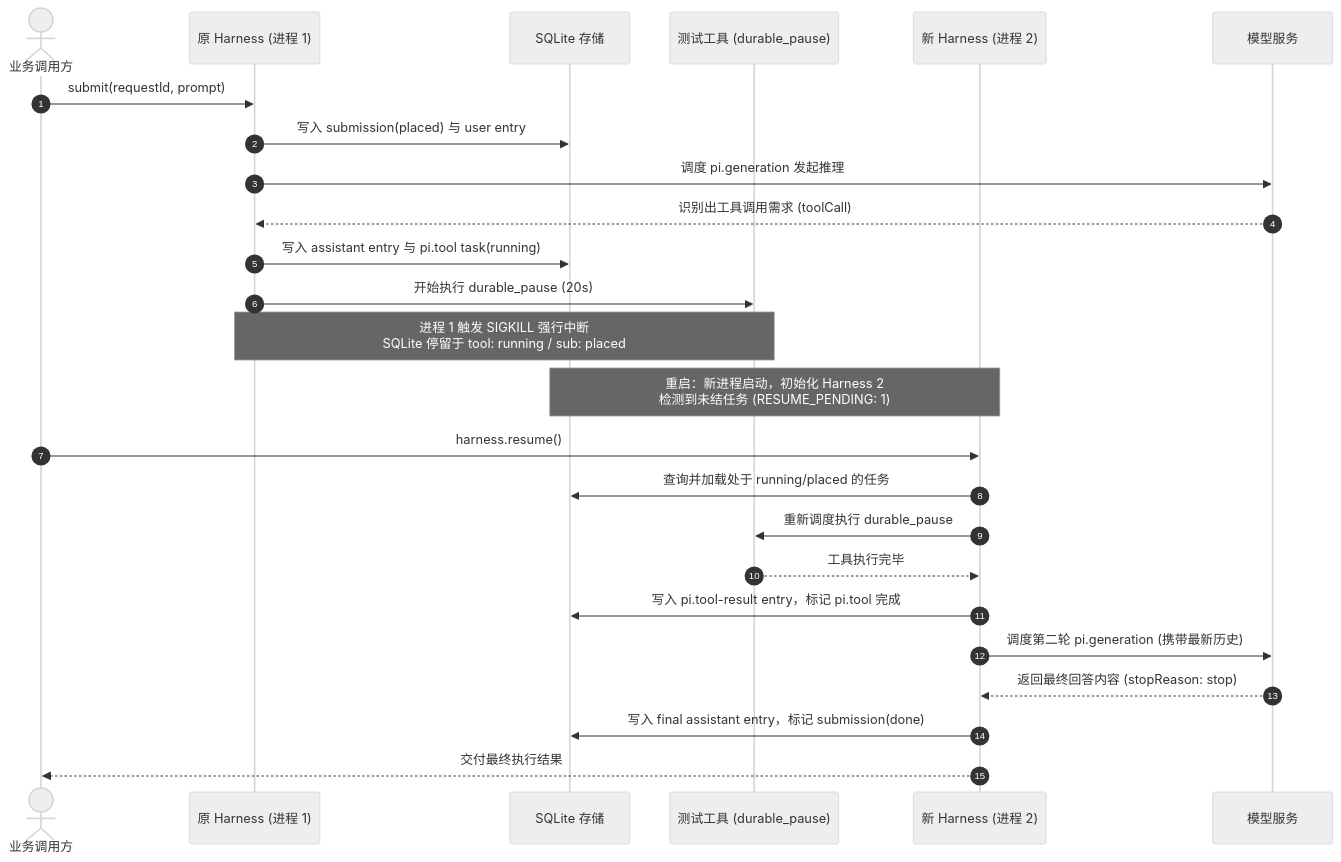
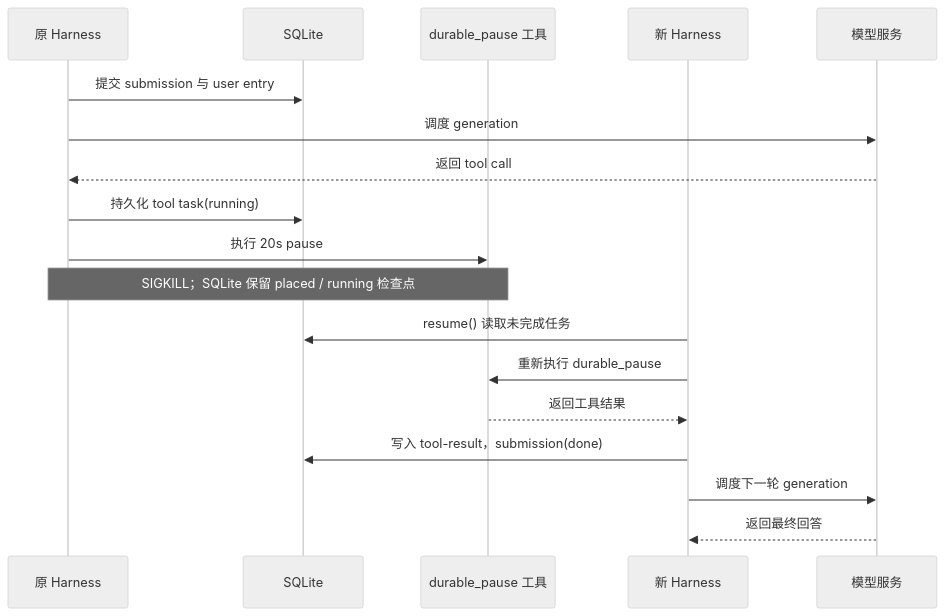
Before and after one commit to huruizhi/huruizhi.github.io: the second of 3 diagrams in _posts/2026-10-31-pi-durable-task-recovery.md, drawn with Mermaid (neutral theme). The commit also changed other lines of this file, not shown here.

Commit message:
Refine Pi Durable recovery diagrams

````diff
--- a/_posts/2026-10-31-pi-durable-task-recovery.md
+++ b/_posts/2026-10-31-pi-durable-task-recovery.md
@@ -149,29 +124,21 @@
 ```mermaid
 sequenceDiagram
-    autonumber
-    actor Caller as 业务调用方
-    participant H1 as 原 Harness (进程 1)
-    participant DB as SQLite 存储
-    participant Tool as 测试工具 (durable_pause)
-    participant H2 as 新 Harness (进程 2)
+    participant H1 as 原 Harness
+    participant DB as SQLite
+    participant Tool as durable_pause 工具
+    participant H2 as 新 Harness
     participant Model as 模型服务
 
-    Caller->>H1: submit(requestId, prompt)
-    H1->>DB: 写入 submission(placed) 与 user entry
-    H1->>Model: 调度 pi.generation 发起推理
-    Model-->>H1: 识别出工具调用需求 (toolCall)
-    H1->>DB: 写入 assistant entry 与 pi.tool task(running)
-    H1->>Tool: 开始执行 durable_pause (20s)
-    Note over H1,Tool: 进程 1 触发 SIGKILL 强行中断<br/>SQLite 停留于 tool: running / sub: placed
-
-    Note over H2,DB: 重启：新进程启动，初始化 Harness 2<br/>检测到未结任务 (RESUME_PENDING: 1)
-    Caller->>H2: harness.resume()
-    H2->>DB: 查询并加载处于 running/placed 的任务
-    H2->>Tool: 重新调度执行 durable_pause
-    Tool-->>H2: 工具执行完毕
-    H2->>DB: 写入 pi.tool-result entry，标记 pi.tool 完成
-    H2->>Model: 调度第二轮 pi.generation (携带最新历史)
-    Model-->>H2: 返回最终回答内容 (stopReason: stop)
-    H2->>DB: 写入 final assistant entry，标记 submission(done)
-    H2-->>Caller: 交付最终执行结果
+    H1->>DB: 提交 submission 与 user entry
+    H1->>Model: 调度 generation
+    Model-->>H1: 返回 tool call
+    H1->>DB: 持久化 tool task(running)
+    H1->>Tool: 执行 20s pause
+    Note over H1,Tool: SIGKILL；SQLite 保留 placed / running 检查点
+    H2->>DB: resume() 读取未完成任务
+    H2->>Tool: 重新执行 durable_pause
+    Tool-->>H2: 返回工具结果
+    H2->>DB: 写入 tool-result，submission(done)
+    H2->>Model: 调度下一轮 generation
+    Model-->>H2: 返回最终回答
 ```
````
